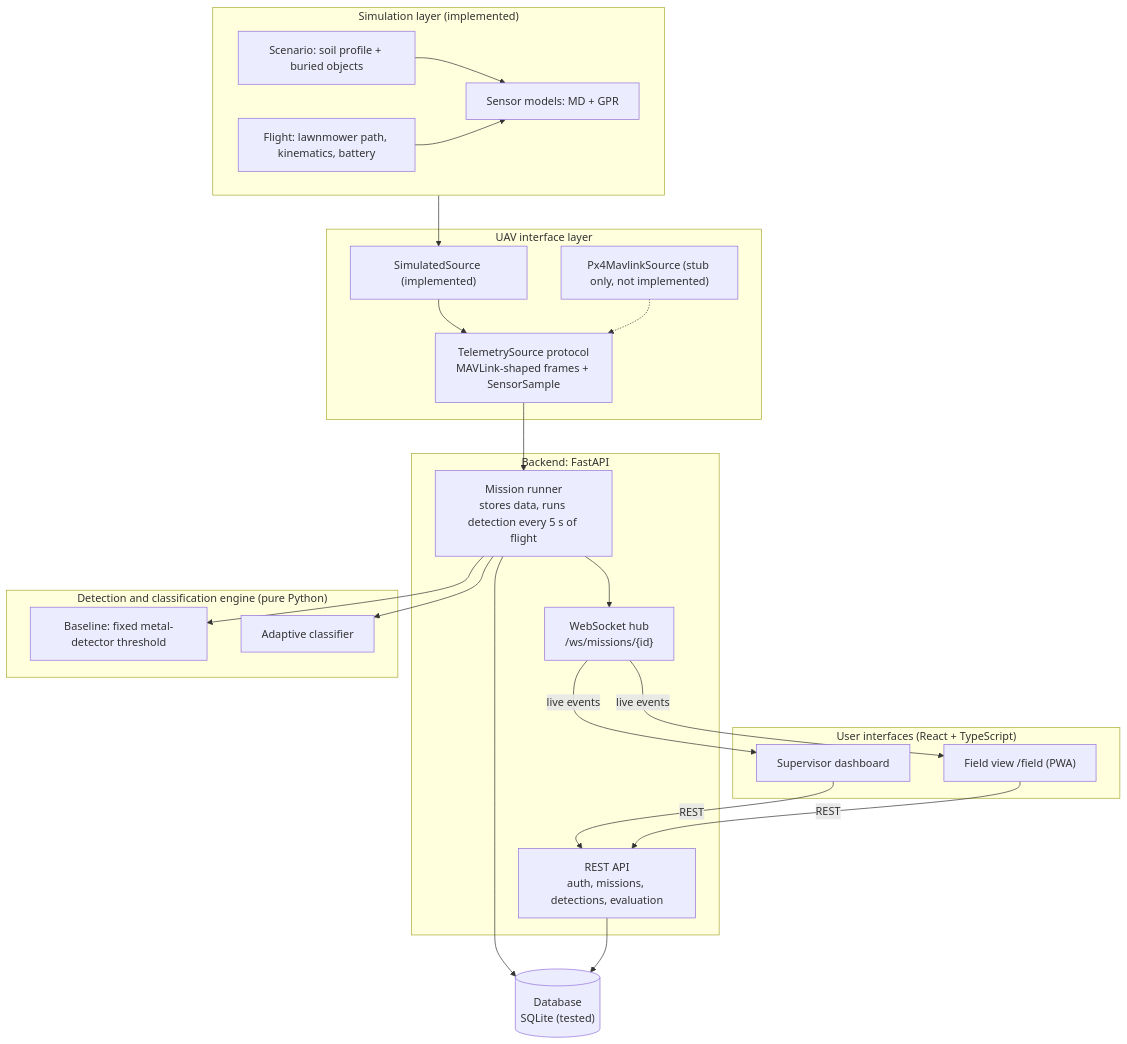
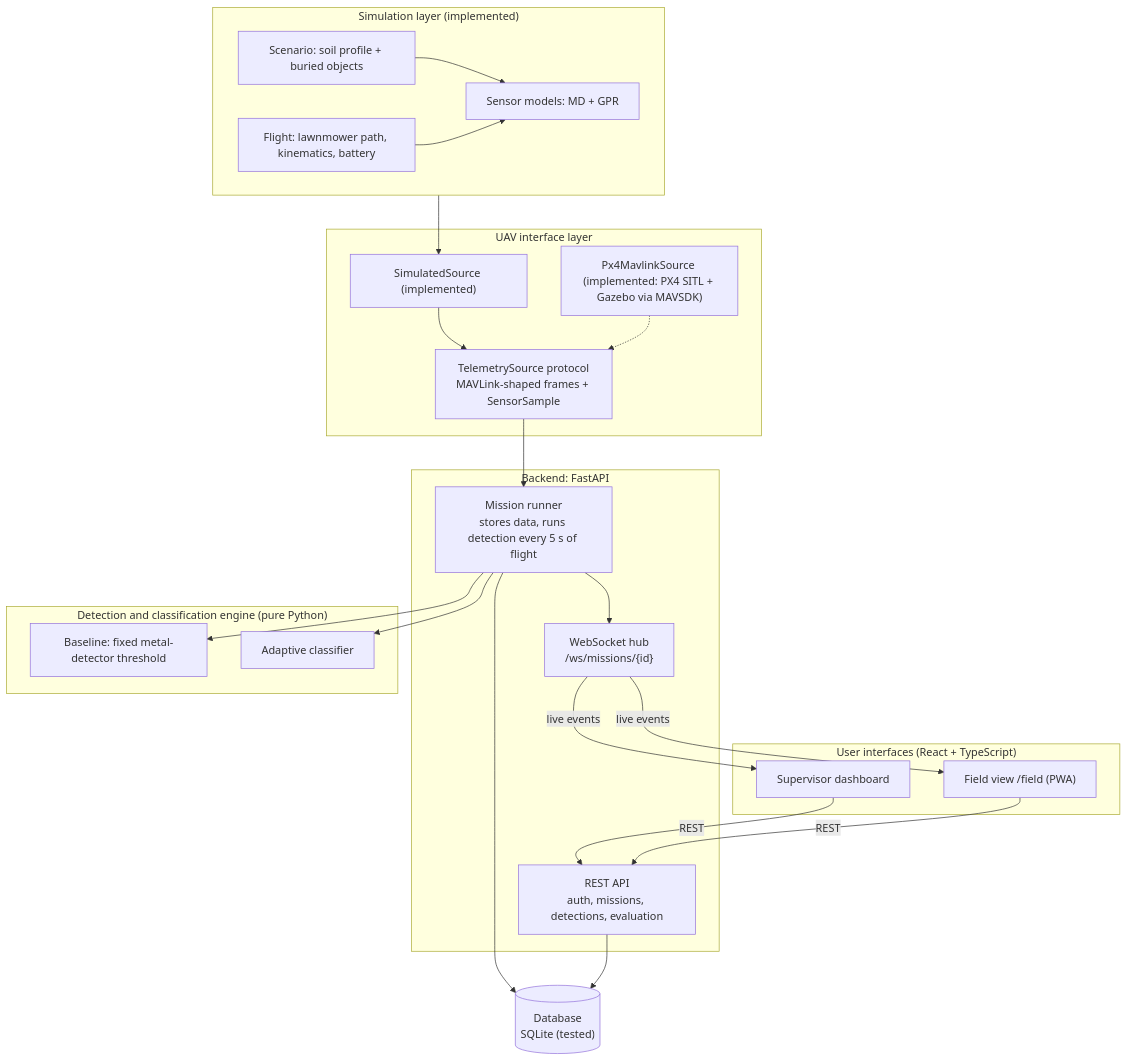
Before and after one commit to Mnsour-Aldossari/gradProjectPrototype: the first of 4 diagrams in docs/ARCHITECTURE.md, drawn with Mermaid. The commit also changed other lines of this file and 3 other files, not shown here.

First line of the commit message:
PX4, step 7: docs for flying with PX4 SITL + Gazebo

````diff
--- a/docs/ARCHITECTURE.md
+++ b/docs/ARCHITECTURE.md
@@ -44,48 +45,48 @@
 ```mermaid
 flowchart TB
     subgraph SIM["Simulation layer (implemented)"]
         SC["Scenario: soil profile + buried objects"]
         FL["Flight: lawnmower path, kinematics, battery"]
         SE["Sensor models: MD + GPR"]
     end
 
     subgraph UAV["UAV interface layer"]
         TS["TelemetrySource protocol<br/>MAVLink-shaped frames + SensorSample"]
         SS["SimulatedSource (implemented)"]
-        PX["Px4MavlinkSource (stub only, not implemented)"]
+        PX["Px4MavlinkSource (implemented: PX4 SITL + Gazebo via MAVSDK)"]
     end
 
     subgraph BE["Backend: FastAPI"]
         API["REST API<br/>auth, missions, detections, evaluation"]
         RUN["Mission runner<br/>stores data, runs detection every 5 s of flight"]
         HUB["WebSocket hub<br/>/ws/missions/{id}"]
     end
 
     subgraph DET["Detection and classification engine (pure Python)"]
         BL["Baseline: fixed metal-detector threshold"]
         AD["Adaptive classifier"]
     end
 
     DB[("Database<br/>SQLite (tested)")]
 
     subgraph UI["User interfaces (React + TypeScript)"]
         WEB["Supervisor dashboard"]
         FIELD["Field view /field (PWA)"]
     end
 
     SC --> SE
     FL --> SE
     SIM --> SS
     SS --> TS
     PX -.-> TS
     TS --> RUN
     RUN --> AD
     RUN --> BL
     RUN --> DB
     RUN --> HUB
     API --> DB
     WEB -- REST --> API
     FIELD -- REST --> API
     HUB -- live events --> WEB
     HUB -- live events --> FIELD
 ```
````
